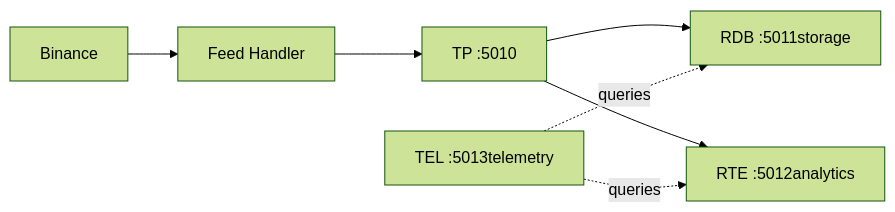
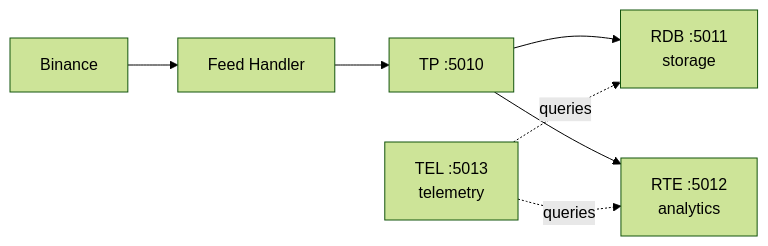
Before and after one commit to PhilSing24/RealTimeEventDrivenSystem: the diagram in README.md, drawn with Mermaid (forest theme).

Commit message:
Update README with mermaid architecture diagram

````diff
--- a/README.md
+++ b/README.md
@@ -10,9 +10,9 @@
 ```mermaid
 flowchart LR
     B[Binance] --> FH[Feed Handler]
     FH --> TP[TP :5010]
-    TP --> RDB[RDB :5011storage]
-    TP --> RTE[RTE :5012analytics]
-    TEL[TEL :5013telemetry] -.->|queries| RDB
+    TP --> RDB[RDB :5011<br/>storage]
+    TP --> RTE[RTE :5012<br/>analytics]
+    TEL[TEL :5013<br/>telemetry] -.->|queries| RDB
     TEL -.->|queries| RTE
 ```
````
